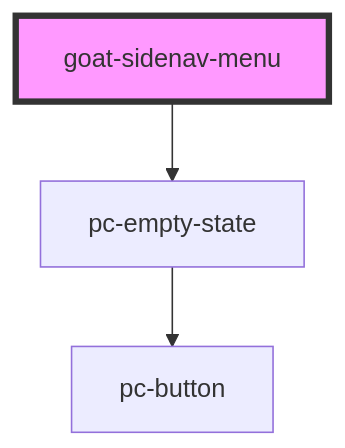
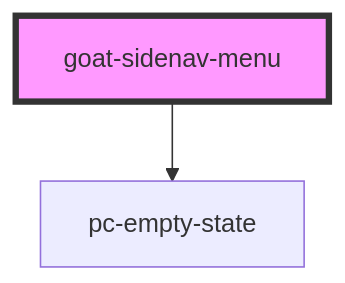
One commit to redvars/peacock changed the diagram in src/components/application/sidenav-menu/readme.md. Above: the diagram before and after it, drawn with Mermaid. The commit also changed 110 other files, not shown here.

````diff
--- a/src/components/application/sidenav-menu/readme.md
+++ b/src/components/application/sidenav-menu/readme.md
@@ -39,6 +39,5 @@
 ```mermaid
 graph TD;
   goat-sidenav-menu --> pc-empty-state
-  pc-empty-state --> pc-button
   style goat-sidenav-menu fill:#f9f,stroke:#333,stroke-width:4px
 ```
````
